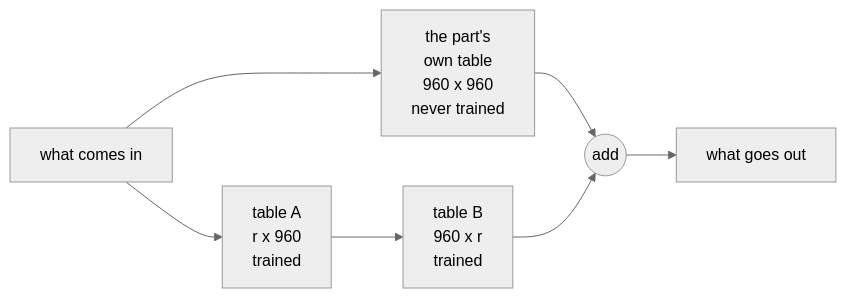
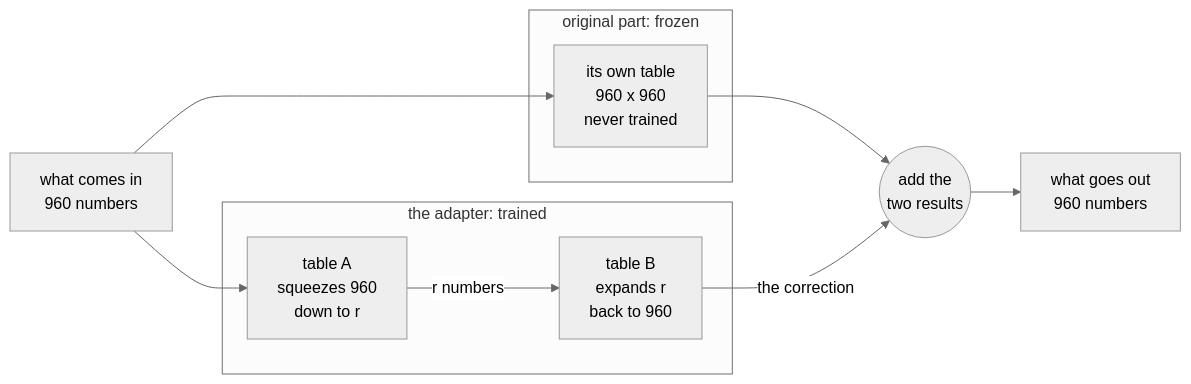
Before and after one commit to skillrepos/fine-tuning: the second of 3 diagrams in labs.md, drawn with Mermaid (neutral theme). The commit also changed other lines of this file, not shown here.

````diff
--- a/labs.md
+++ b/labs.md
@@ -338,8 +339,15 @@
 ```mermaid
 flowchart LR
-    IN["what comes in"] --> OWN["the part's<br/>own table<br/>960 x 960<br/>never trained"]
-    IN --> A["table A<br/>r x 960<br/>trained"] --> B["table B<br/>960 x r<br/>trained"]
-    OWN --> ADD(("add"))
-    B --> ADD
-    ADD --> OUT["what goes out"]
+    IN["what comes in<br/>960 numbers"]
+    subgraph ORIG["original part: frozen"]
+        OWN["its own table<br/>960 x 960<br/>never trained"]
+    end
+    subgraph ADAPTER["the adapter: trained"]
+        A["table A<br/>squeezes 960<br/>down to r"] -- "r numbers" --> B["table B<br/>expands r<br/>back to 960"]
+    end
+    IN --> OWN
+    IN --> A
+    OWN --> ADD(("add the<br/>two results"))
+    B -- "the correction" --> ADD
+    ADD --> OUT["what goes out<br/>960 numbers"]
 ```
````
